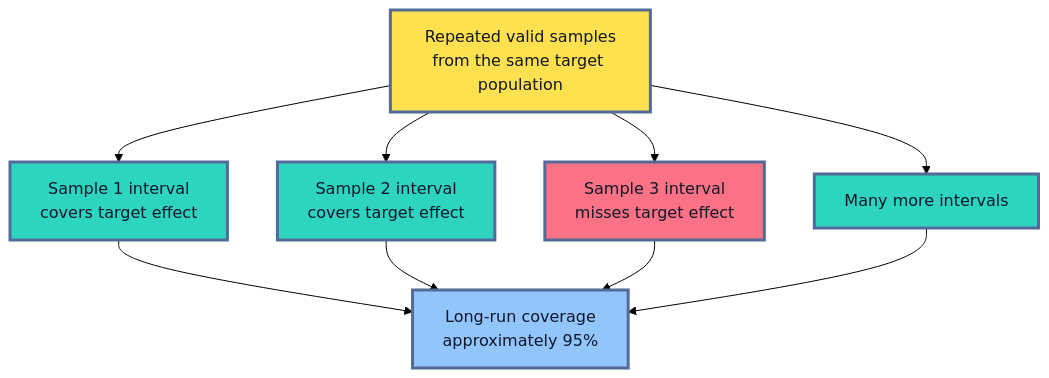
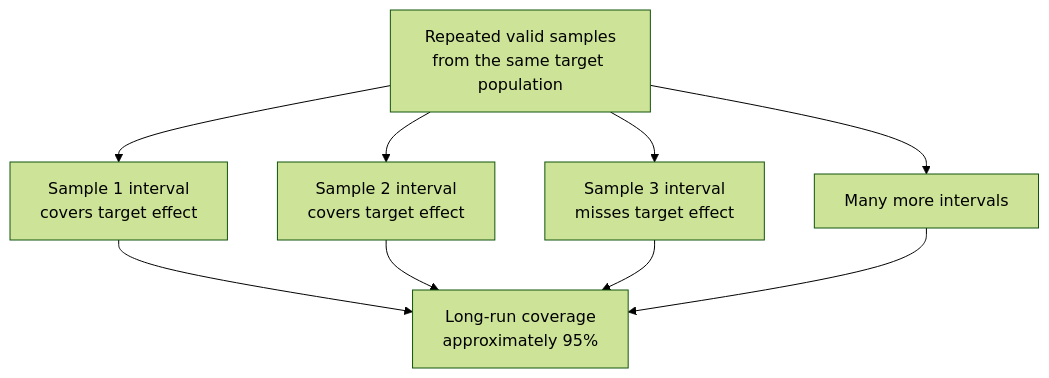
Before and after one commit to senlinyy/dev-roadmaps: the fourth of 10 diagrams in roadmaps/mlops/modules/model-evaluation/offline-evaluation/05-statistical-uncertainty-and-paired-comparisons.md, drawn with Mermaid (forest theme). The commit also changed other lines of this file and 152 other files, not shown here.

Commit message:
feat: mlops and diagrams updated

````diff
--- a/roadmaps/mlops/modules/model-evaluation/offline-evaluation/05-statistical-uncertainty-and-paired-comparisons.md
+++ b/roadmaps/mlops/modules/model-evaluation/offline-evaluation/05-statistical-uncertainty-and-paired-comparisons.md
@@ -282,20 +269,16 @@
 ```mermaid
 flowchart TD
     A["Repeated valid samples<br/>from the same target population"] --> B["Sample 1 interval<br/>covers target effect"]
     A --> C["Sample 2 interval<br/>covers target effect"]
     A --> D["Sample 3 interval<br/>misses target effect"]
     A --> E["Many more intervals"]
     B --> F["Long-run coverage<br/>approximately 95%"]
     C --> F
     D --> F
     E --> F
 
-    classDef samples fill:#FFE04F,stroke:#536A9A,stroke-width:3px,color:#111827
-    classDef cover fill:#2DD4BF,stroke:#536A9A,stroke-width:3px,color:#0F172A
-    classDef miss fill:#FB7185,stroke:#536A9A,stroke-width:3px,color:#111827
-    classDef result fill:#93C5FD,stroke:#536A9A,stroke-width:3px,color:#0F172A
     class A samples
     class B,C,E cover
     class D miss
     class F result
 ```
````
